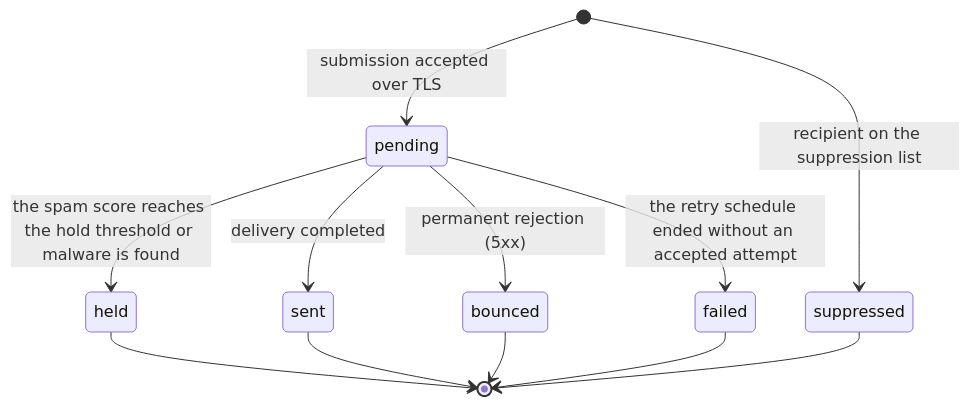
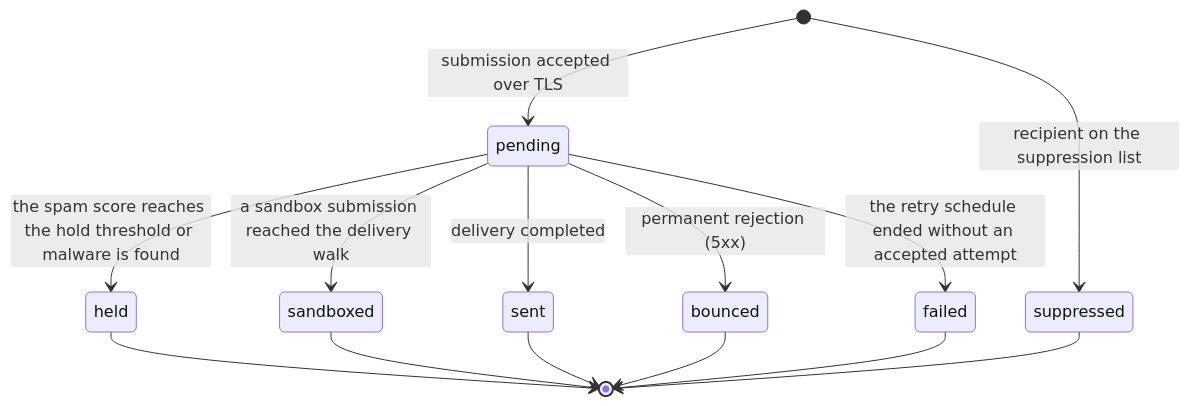
One commit to codingjoe/relay changed the first of 2 diagrams in docs/docs/message-statuses.md. Above: the diagram before and after it, drawn with Mermaid. The commit also changed other lines of this file and 10 other files, not shown here.

First line of the commit message:
Score sandbox submissions and stop the walk before the session

````diff
--- a/docs/docs/message-statuses.md
+++ b/docs/docs/message-statuses.md
@@ -22,16 +22,18 @@
 ```mermaid
 stateDiagram-v2
     [*] --> pending : submission accepted over TLS
     [*] --> suppressed : recipient on the suppression list
 
     pending --> held : the spam score reaches the hold threshold or malware is found
+    pending --> sandboxed : a sandbox submission reached the delivery walk
     pending --> sent : delivery completed
     pending --> bounced : permanent rejection (5xx)
     pending --> failed : the retry schedule ended without an accepted attempt
 
     held --> [*]
     sent --> [*]
     bounced --> [*]
     failed --> [*]
     suppressed --> [*]
+    sandboxed --> [*]
 ```
````
